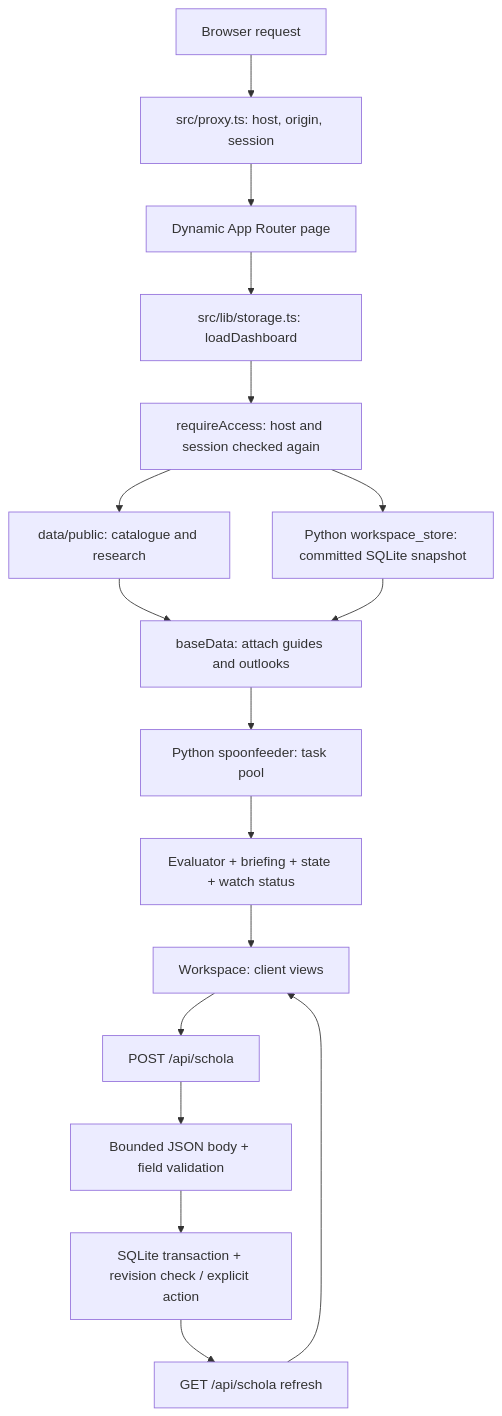
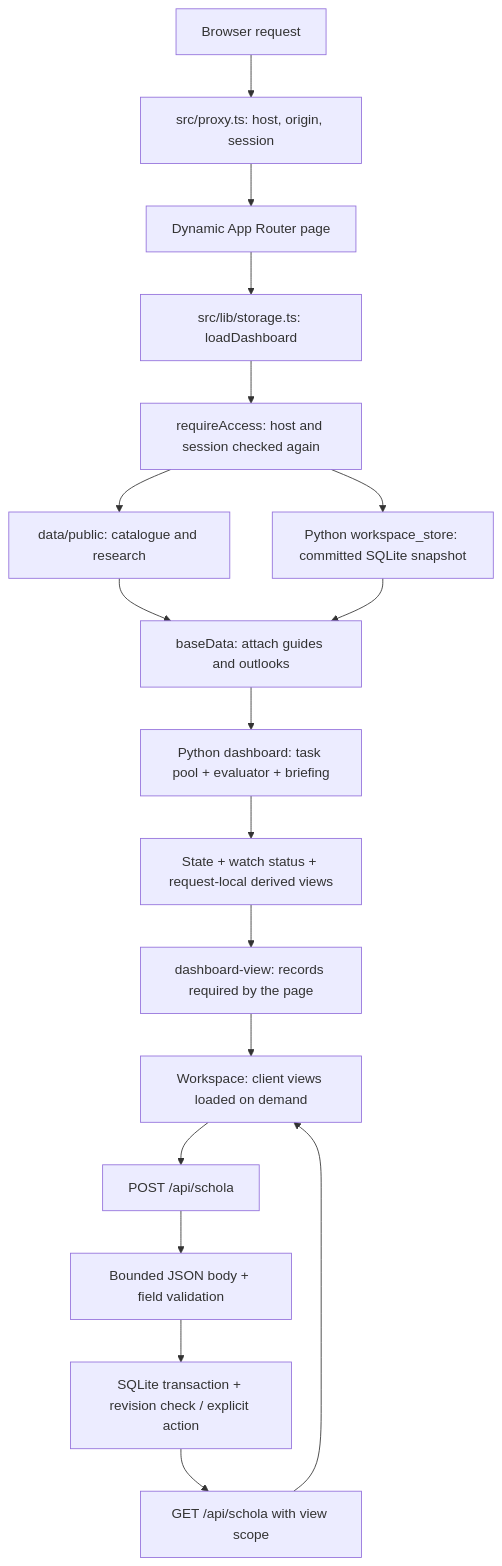
One commit to felliot789/studab27 changed the first of 2 diagrams in docs/REPO_MAP.md. Above: the diagram before and after it, drawn with Mermaid. The commit also changed other lines of this file and 29 other files, not shown here.

````diff
--- a/docs/REPO_MAP.md
+++ b/docs/REPO_MAP.md
@@ -12,19 +12,20 @@
 ```mermaid
 flowchart TD
   Browser[Browser request] --> Proxy[src/proxy.ts: host, origin, session]
   Proxy --> Page[Dynamic App Router page]
   Page --> Storage[src/lib/storage.ts: loadDashboard]
   Storage --> Access[requireAccess: host and session checked again]
   Access --> Public[data/public: catalogue and research]
   Access --> Store[Python workspace_store: committed SQLite snapshot]
   Public --> Base[baseData: attach guides and outlooks]
   Store --> Base
-  Base --> Pool[Python spoonfeeder: task pool]
-  Pool --> Dashboard[Evaluator + briefing + state + watch status]
-  Dashboard --> Workspace[Workspace: client views]
+  Base --> Derived[Python dashboard: task pool + evaluator + briefing]
+  Derived --> Dashboard[State + watch status + request-local derived views]
+  Dashboard --> Projection[dashboard-view: records required by the page]
+  Projection --> Workspace[Workspace: client views loaded on demand]
   Workspace --> API[POST /api/schola]
   API --> Validate[Bounded JSON body + field validation]
   Validate --> Save[SQLite transaction + revision check / explicit action]
-  Save --> Refresh[GET /api/schola refresh]
+  Save --> Refresh[GET /api/schola with view scope]
   Refresh --> Workspace
 ```
````
